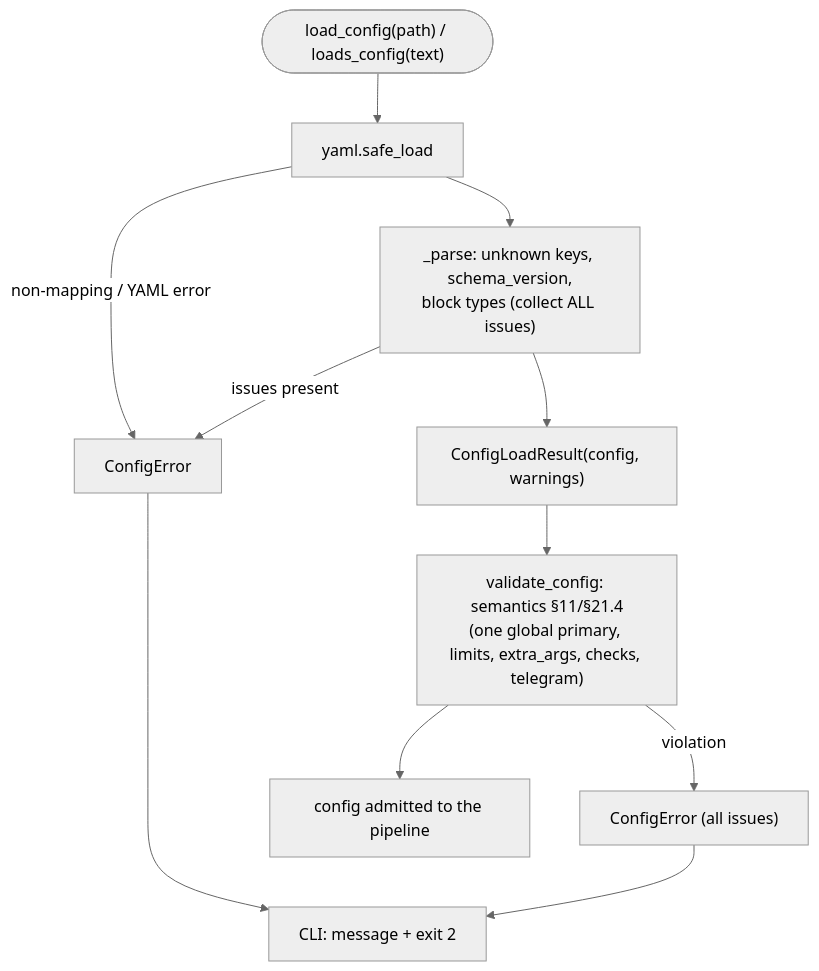
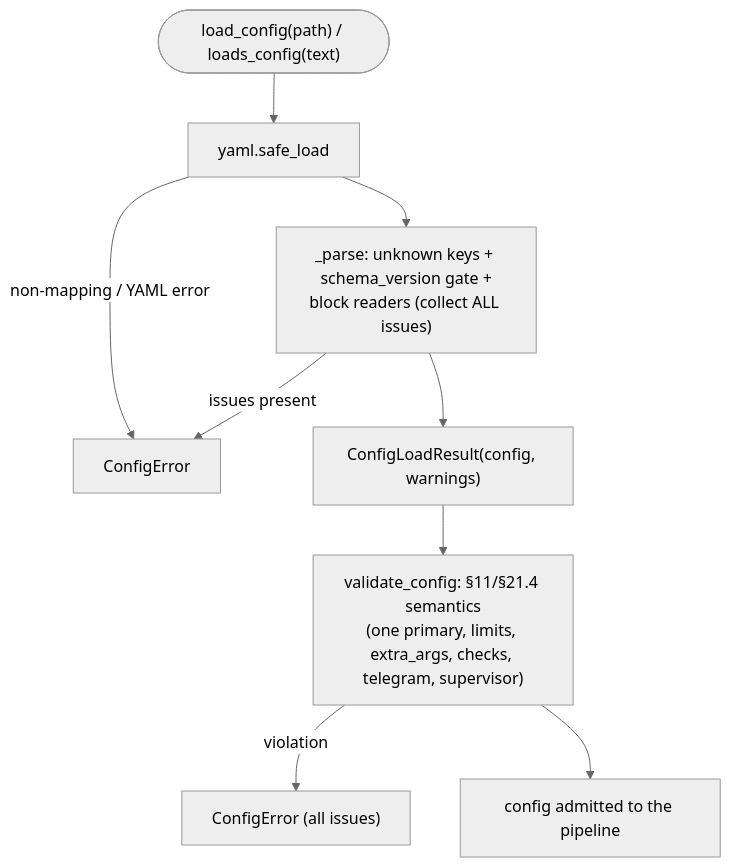
Before and after one commit to VladimirMakarevich/wastech-orchestrator: the diagram in docs/functional/blocks/B05-configuration.md, drawn with Mermaid (neutral theme). The commit also changed other lines of this file and 39 other files, not shown here.

First line of the commit message:
docs: Add detailed documentation for new flows and components

````diff
--- a/docs/functional/blocks/B05-configuration.md
+++ b/docs/functional/blocks/B05-configuration.md
@@ -50,13 +88,11 @@
 ```mermaid
 flowchart TB
-    start(["load_config(path) / loads_config(text)"]) --> y["yaml.safe_load"]
+    s(["load_config(path) / loads_config(text)"]) --> y["yaml.safe_load"]
     y -->|"non-mapping / YAML error"| e1["ConfigError"]
-    y --> parse["_parse: unknown keys, schema_version,<br/>block types (collect ALL issues)"]
-    parse -->|"issues present"| e1
-    parse --> res["ConfigLoadResult(config, warnings)"]
-    res --> val["validate_config: semantics §11/§21.4<br/>(one global primary, limits, extra_args, checks, telegram)"]
-    val -->|violation| e2["ConfigError (all issues)"]
-    val --> ok["config admitted to the pipeline"]
-    e1 --> exit2["CLI: message + exit 2"]
-    e2 --> exit2
+    y --> p["_parse: unknown keys + schema_version gate +<br/>block readers (collect ALL issues)"]
+    p -->|"issues present"| e1
+    p --> res["ConfigLoadResult(config, warnings)"]
+    res --> v["validate_config: §11/§21.4 semantics<br/>(one primary, limits, extra_args, checks, telegram, supervisor)"]
+    v -->|"violation"| e2["ConfigError (all issues)"]
+    v --> ok["config admitted to the pipeline"]
 ```
````
